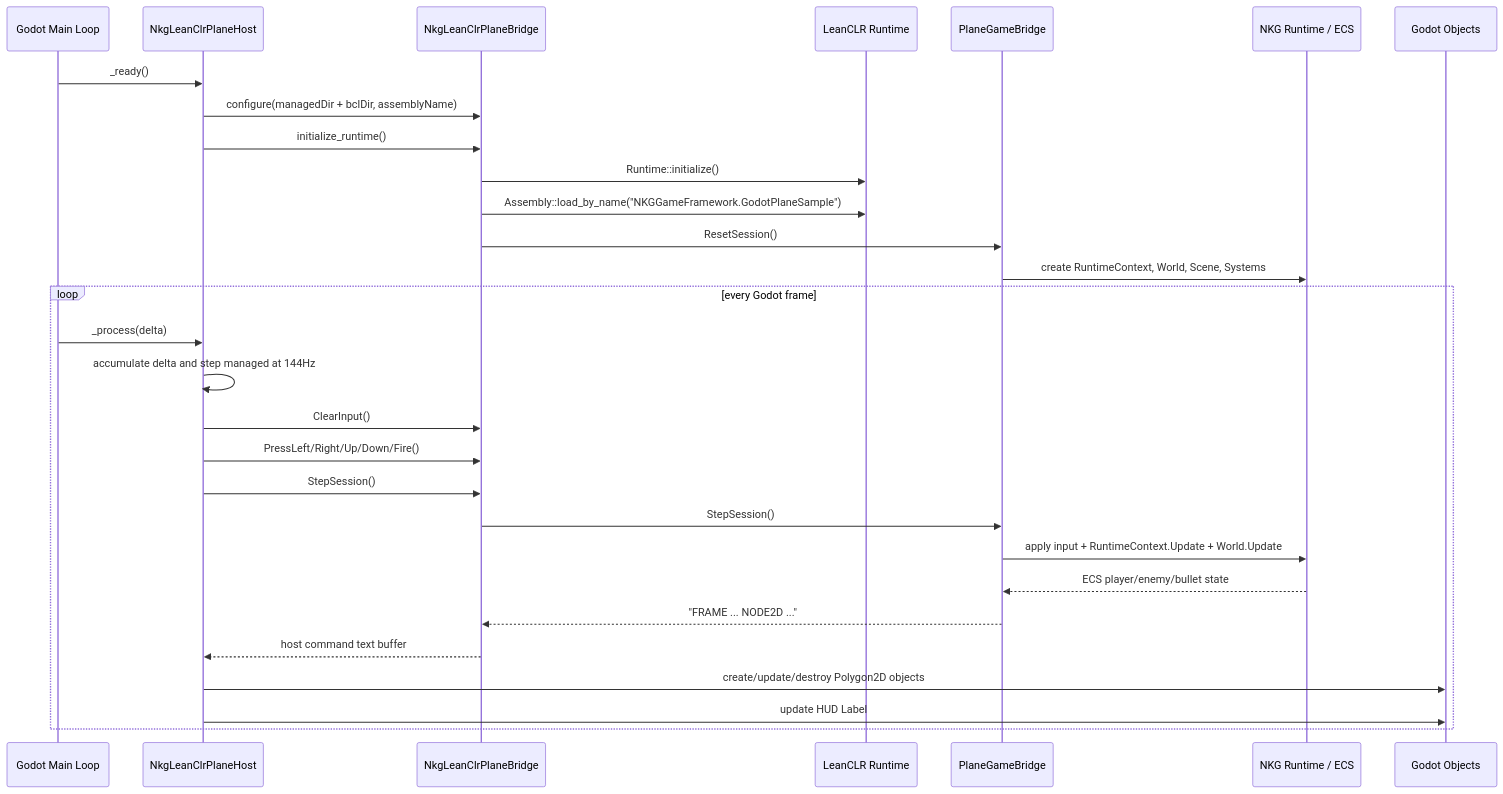
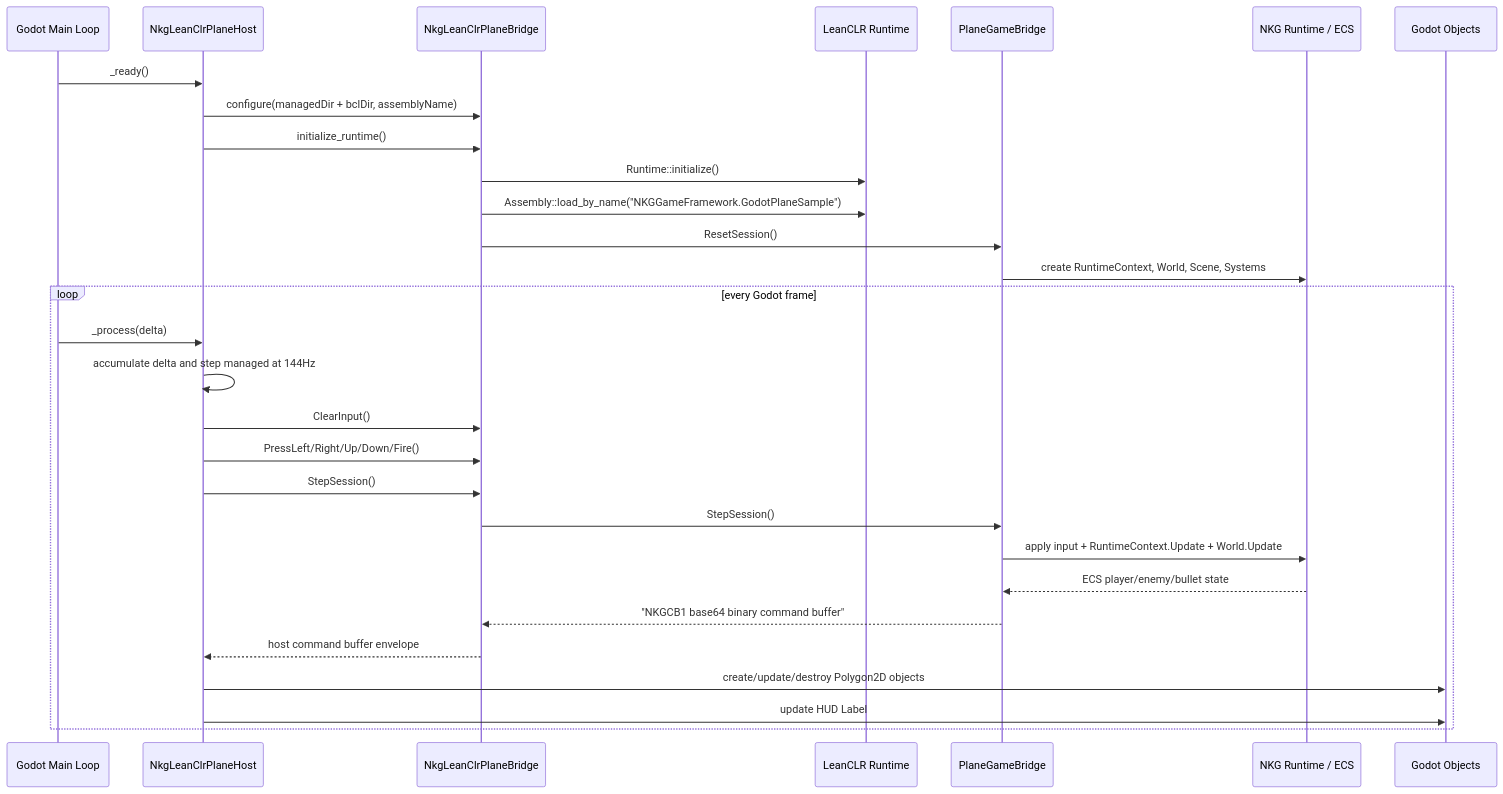
The second of 3 diagrams in docs/godot-leanclr-runtime-structure.md (wqaetly/NKGGameFramework), drawn with Mermaid before and after one commit. The commit also changed other lines of this file and 10 other files, not shown here.

````diff
--- a/docs/godot-leanclr-runtime-structure.md
+++ b/docs/godot-leanclr-runtime-structure.md
@@ -98,33 +98,33 @@
 ```mermaid
 sequenceDiagram
     participant Godot as Godot Main Loop
     participant Host as NkgLeanClrPlaneHost
     participant Bridge as NkgLeanClrPlaneBridge
     participant CLR as LeanCLR Runtime
     participant Managed as PlaneGameBridge
     participant NKG as NKG Runtime / ECS
     participant Obj as Godot Objects
 
     Godot->>Host: _ready()
     Host->>Bridge: configure(managedDir + bclDir, assemblyName)
     Host->>Bridge: initialize_runtime()
     Bridge->>CLR: Runtime::initialize()
     Bridge->>CLR: Assembly::load_by_name("NKGGameFramework.GodotPlaneSample")
     Bridge->>Managed: ResetSession()
     Managed->>NKG: create RuntimeContext, World, Scene, Systems
 
     loop every Godot frame
         Godot->>Host: _process(delta)
         Host->>Host: accumulate delta and step managed at 144Hz
         Host->>Bridge: ClearInput()
         Host->>Bridge: PressLeft/Right/Up/Down/Fire()
         Host->>Bridge: StepSession()
         Bridge->>Managed: StepSession()
         Managed->>NKG: apply input + RuntimeContext.Update + World.Update
         NKG-->>Managed: ECS player/enemy/bullet state
-        Managed-->>Bridge: "FRAME ... NODE2D ..."
-        Bridge-->>Host: host command text buffer
+        Managed-->>Bridge: "NKGCB1 base64 binary command buffer"
+        Bridge-->>Host: host command buffer envelope
         Host->>Obj: create/update/destroy Polygon2D objects
         Host->>Obj: update HUD Label
     end
 ```
````
